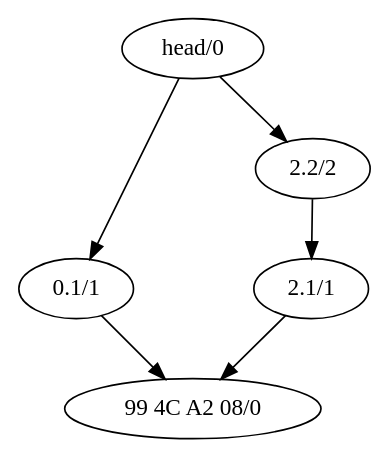
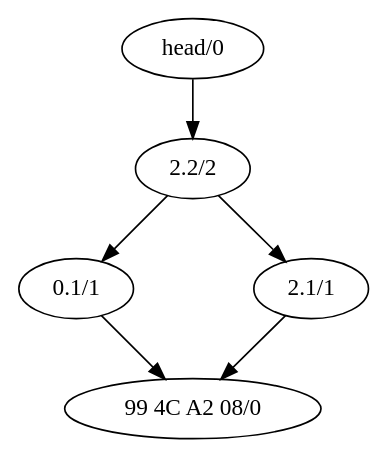
Before and after one commit to fsantanna-no/freechains: the diagram in tst/dots/tst-aj.dot, drawn with Graphviz. The commit also changed 24 other files, not shown here.

```diff
--- a/tst/dots/tst-aj.dot
+++ b/tst/dots/tst-aj.dot
@@ -1,18 +1,18 @@
     digraph graphname {
         //rankdir=LR;  // Rank Direction Left to Right
 
         nodesep=1.0 // increases the separation between nodes
         edge [];
         //splines = true;
 
-        n_2[label="99 4C A2 08/0"];
-n_1[label="0.1/1"];
+        n_3[label="99 4C A2 08/0"];
+n_2[label="0.1/1"];
 n_4[label="2.1/1"];
-n_3[label="2.2/2"];
+n_1[label="2.2/2"];
 n_0[label="head/0"];
-        n_1 -> n_2
+        n_2 -> n_3
+n_1 -> n_2
+n_4 -> n_3
+n_1 -> n_4
 n_0 -> n_1
-n_4 -> n_2
-n_3 -> n_4
-n_0 -> n_3
     }
```
